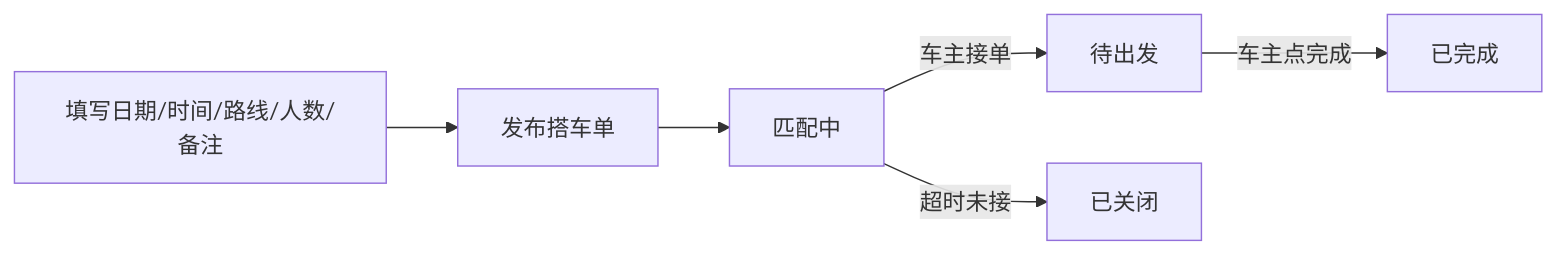
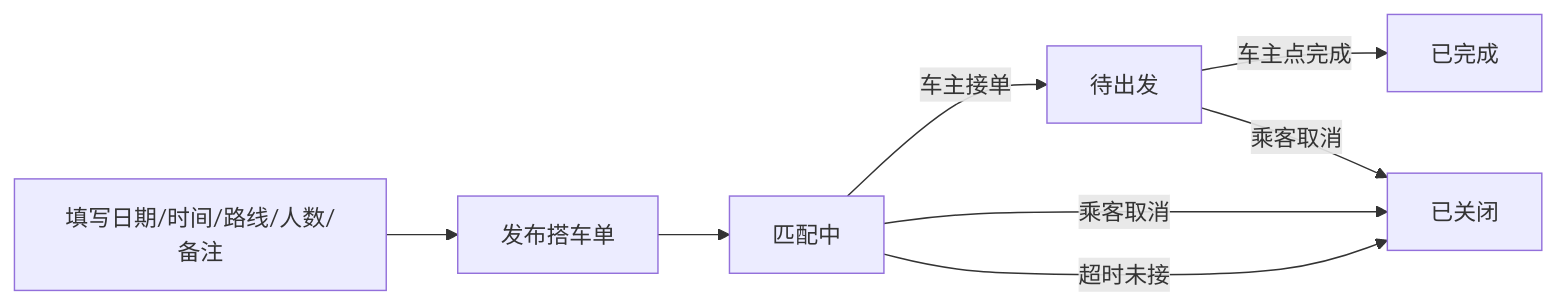
Before and after one commit to arsray/ddcarpool: the first of 2 diagrams in docs/M3_DEMO_FLOWS_PM.md, drawn with Mermaid. The commit also changed other lines of this file and 17 other files, not shown here.

First line of the commit message:
feat(m3-order): cancel flow, plaza filters, and POI updates (#3)

````diff
--- a/docs/M3_DEMO_FLOWS_PM.md
+++ b/docs/M3_DEMO_FLOWS_PM.md
@@ -31,8 +32,10 @@
 ```mermaid
 flowchart LR
     A[填写日期/时间/路线/人数/备注] --> B[发布搭车单]
     B --> C[匹配中]
     C -->|车主接单| D[待出发]
     D -->|车主点完成| E[已完成]
-    C -->|超时未接| F[已关闭]
+    C -->|乘客取消| F[已关闭]
+    D -->|乘客取消| F
+    C -->|超时未接| F
 ```
````
